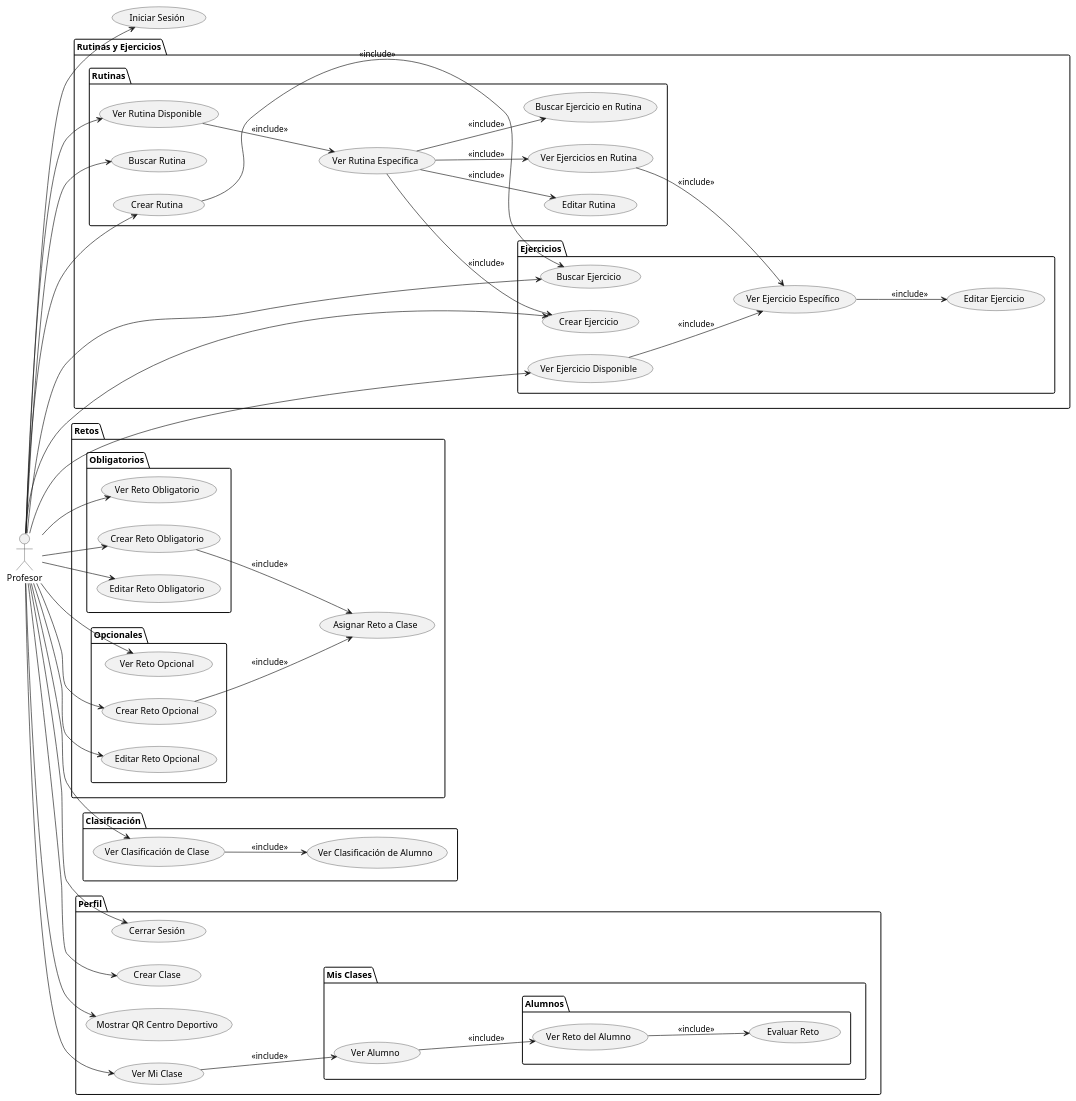
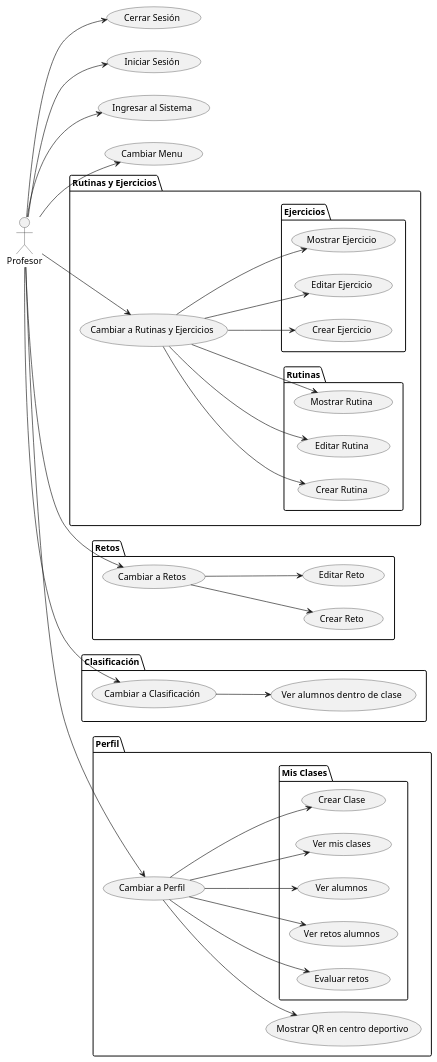
Before and after one commit to mmasias/24-25-IdSw1-SDR: the diagram in Documentos/CasosUso/CdU_Profesor.puml, drawn with PlantUML. The commit also changed 1 other file, not shown here.

Commit message:
CdU Profesor

```diff
--- a/Documentos/CasosUso/CdU_Profesor.puml
+++ b/Documentos/CasosUso/CdU_Profesor.puml
@@ -1,110 +1,78 @@
-@startuml
+@startuml CdU_Profesor
 left to right direction
 actor Profesor
 
 package "Rutinas y Ejercicios" {
+    usecase "Cambiar a Rutinas y Ejercicios" as CambiarARutinasYEjercicios
 
     package "Rutinas" {
-        usecase "Ver Rutina Disponible" as VerRutinasDisponibles
-        usecase "Buscar Rutina" as BuscarRutina
+        usecase "Mostrar Rutina" as MostrarRutina
+        usecase "Editar Rutina" as EditarRutina
         usecase "Crear Rutina" as CrearRutina
-        usecase "Ver Rutina Específica" as VerRutinaEspecifica
-
-        usecase "Editar Rutina" as EditarRutina
-        usecase "Ver Ejercicios en Rutina" as VerEjerciciosEnRutina
-        usecase "Buscar Ejercicio en Rutina" as BuscarEjercicioEnRutina
-        
     }
 
     package "Ejercicios" {
-        usecase "Buscar Ejercicio" as BuscarEjercicio
-        usecase "Ver Ejercicio Disponible" as VerEjerciciosDisponibles
+        usecase "Mostrar Ejercicio" as MostrarEjercicio
+        usecase "Editar Ejercicio" as EditarEjercicio
         usecase "Crear Ejercicio" as CrearEjercicio
-
-        usecase "Ver Ejercicio Específico" as VerEjercicioEspecifico
-        usecase "Editar Ejercicio" as EditarEjercicio
     }
 }
 
 package "Retos" {
-    package "Obligatorios" {
-        usecase "Ver Reto Obligatorio" as VerRetosObligatorios
-        usecase "Crear Reto Obligatorio" as CrearRetoObligatorio
-        usecase "Editar Reto Obligatorio" as EditarRetoObligatorio
-    }
-
-    package "Opcionales" {
-        usecase "Ver Reto Opcional" as VerRetosOpcionales
-        usecase "Crear Reto Opcional" as CrearRetoOpcional
-        usecase "Editar Reto Opcional" as EditarRetoOpcional
-    }
-
-    usecase "Asignar Reto a Clase" as AsignarRetoAClase
+    usecase "Cambiar a Retos" as CambiarARetos
+    usecase "Crear Reto" as CrearReto
+    usecase "Editar Reto" as EditarReto
 }
 
 package "Clasificación" {
-    usecase "Ver Clasificación de Clase" as VerClasificacionClases
-    usecase "Ver Clasificación de Alumno" as VerClasificacionAlumnos
-    VerClasificacionClases --> VerClasificacionAlumnos : <<include>>
+    usecase "Cambiar a Clasificación" as CambiarAClasificacion
+    usecase "Ver alumnos dentro  de clase" as VerAlumnosDentroDeClase
 }
 
 package "Perfil" {
-    usecase "Cerrar Sesión" as CerrarSesion
-    usecase "Crear Clase" as CrearClase
-    usecase "Mostrar QR Centro Deportivo" as MostrarQRCentros
-    usecase "Ver Mi Clase" as VerMisClases
+    usecase "Cambiar a Perfil" as CambiarAPerfil
+    usecase "Mostrar QR en centro deportivo" as MostrarQR
 
     package "Mis Clases" {
-        usecase "Ver Alumno" as VerAlumnosEnClase
-
-        package "Alumnos" {
-            usecase "Ver Reto del Alumno" as VerRetosDelAlumno
-            usecase "Evaluar Reto" as EvaluarReto
-        }
+        usecase "Crear Clase" as CrearClase
+        usecase "Ver mis clases" as VerMisClases
+        usecase "Ver alumnos" as VerAlumnos
+        usecase "Ver retos alumnos" as VerRetosAlumnos
+        usecase "Evaluar retos" as EvaluarRetos
     }
 }
 
+usecase "Cerrar Sesión" as CerrarSesion
 usecase "Iniciar Sesión" as IniciarSesion
+usecase "Ingresar al Sistema" as IngresarAlSistema
+usecase "Cambiar Menu" as CambiarMenu
 
+Profesor --> IngresarAlSistema
 Profesor --> IniciarSesion
-Profesor --> VerRutinasDisponibles
-Profesor --> BuscarRutina
-Profesor --> CrearRutina
-Profesor --> VerEjerciciosDisponibles
-Profesor --> BuscarEjercicio
-Profesor --> CrearEjercicio
-Profesor --> VerRetosObligatorios
-Profesor --> CrearRetoObligatorio
-Profesor --> EditarRetoObligatorio
-Profesor --> VerRetosOpcionales
-Profesor --> CrearRetoOpcional
-Profesor --> EditarRetoOpcional
-Profesor --> VerClasificacionClases
+Profesor --> CambiarMenu
 Profesor --> CerrarSesion
-Profesor --> CrearClase
-Profesor --> MostrarQRCentros
-Profesor --> VerMisClases
 
-VerRutinasDisponibles --> VerRutinaEspecifica : <<include>>
-VerRutinaEspecifica --> CrearEjercicio : <<include>>
-VerRutinaEspecifica --> VerEjerciciosEnRutina : <<include>>
-VerRutinaEspecifica --> EditarRutina : <<include>>
-VerRutinaEspecifica --> BuscarEjercicioEnRutina : <<include>>
+Profesor --> CambiarARutinasYEjercicios
+CambiarARutinasYEjercicios --> MostrarRutina
+CambiarARutinasYEjercicios --> EditarRutina
+CambiarARutinasYEjercicios --> CrearRutina
+CambiarARutinasYEjercicios --> MostrarEjercicio
+CambiarARutinasYEjercicios --> EditarEjercicio
+CambiarARutinasYEjercicios --> CrearEjercicio
 
+Profesor --> CambiarARetos
+CambiarARetos --> CrearReto
+CambiarARetos --> EditarReto
 
-VerEjerciciosEnRutina --> VerEjercicioEspecifico : <<include>> 
-VerEjercicioEspecifico --> EditarEjercicio : <<include>>       
+Profesor --> CambiarAClasificacion
+CambiarAClasificacion --> VerAlumnosDentroDeClase
 
-CrearRutina --> BuscarEjercicio : <<include>>
-
-
-VerEjerciciosDisponibles --> VerEjercicioEspecifico : <<include>>
-
-CrearRetoObligatorio --> AsignarRetoAClase : <<include>>
-CrearRetoOpcional --> AsignarRetoAClase : <<include>>
-
-VerMisClases --> VerAlumnosEnClase : <<include>>
-VerAlumnosEnClase --> VerRetosDelAlumno : <<include>>
-VerRetosDelAlumno --> EvaluarReto : <<include>>
+Profesor --> CambiarAPerfil
+CambiarAPerfil --> MostrarQR
+CambiarAPerfil --> CrearClase
+CambiarAPerfil --> VerMisClases
+CambiarAPerfil --> VerAlumnos
+CambiarAPerfil --> VerRetosAlumnos
+CambiarAPerfil --> EvaluarRetos
 
 @enduml
```
